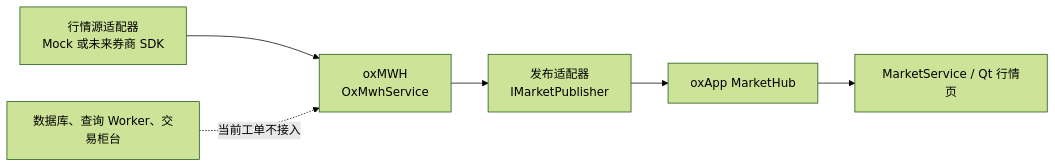
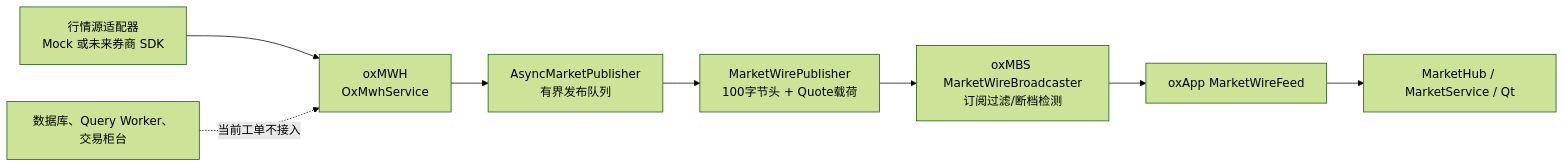
The second of 4 diagrams in docs/architecture/market-routing.md (Weatherbless2/oxtrade), drawn with Mermaid (forest theme) before and after one commit. The commit also changed other lines of this file and 4 other files, not shown here.

Commit message:
docs(market): document oxmwh to oxapp wire chain (#14)

````diff
--- a/docs/architecture/market-routing.md
+++ b/docs/architecture/market-routing.md
@@ -30,8 +33,10 @@
 ```mermaid
 flowchart LR
     A[行情源适配器\nMock 或未来券商 SDK] --> B[oxMWH\nOxMwhService]
-    B --> C[发布适配器\nIMarketPublisher]
-    C --> D[oxApp MarketHub]
-    D --> E[MarketService / Qt 行情页]
-    F[数据库、查询 Worker、交易柜台] -. 当前工单不接入 .-> B
+    B --> C[AsyncMarketPublisher\n有界发布队列]
+    C --> D[MarketWirePublisher\n100字节头 + Quote载荷]
+    D --> E[oxMBS MarketWireBroadcaster\n订阅过滤/断档检测]
+    E --> F[oxApp MarketWireFeed]
+    F --> G[MarketHub / MarketService / Qt]
+    H[数据库、Query Worker、交易柜台] -. 当前工单不接入 .-> B
 ```
````
